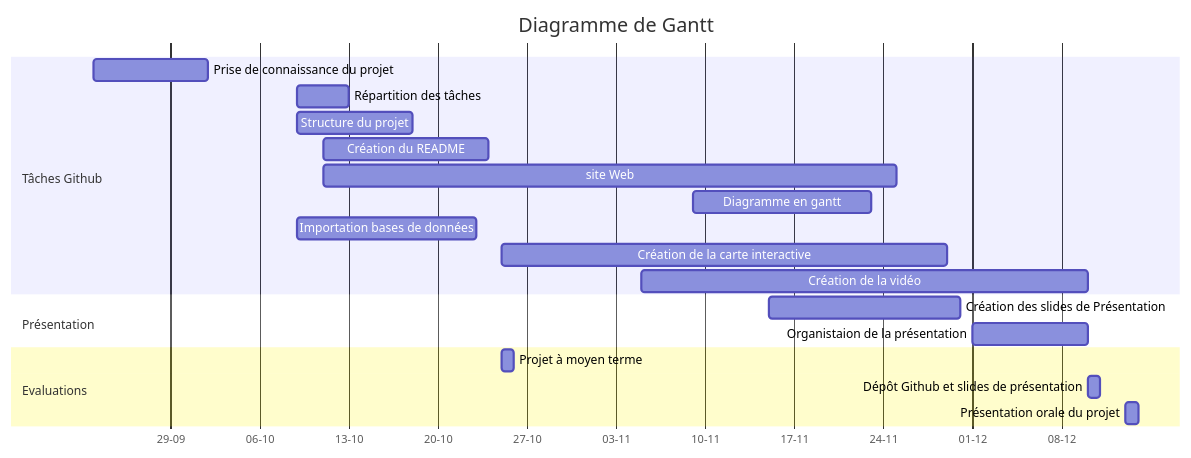
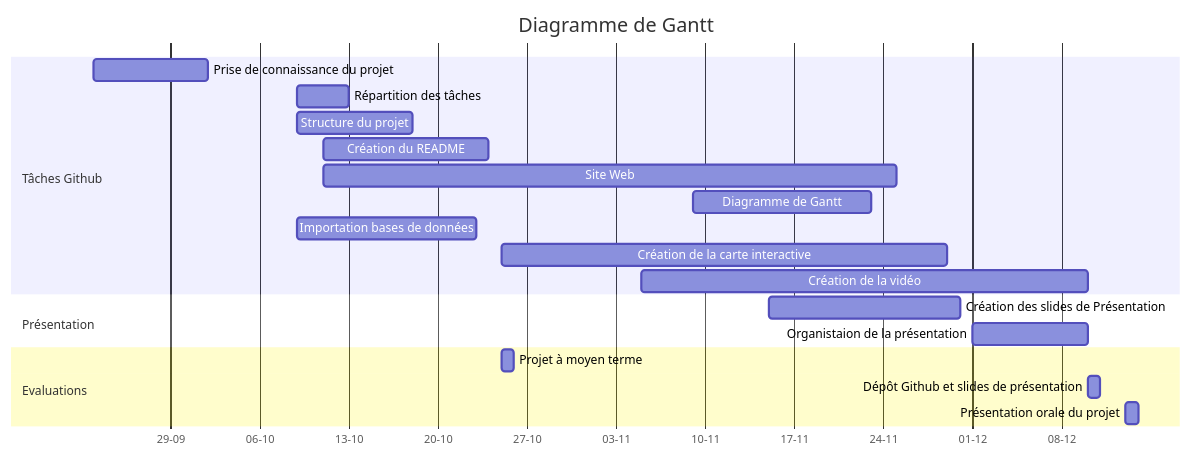
Before and after one commit to rokhayambaye/PROJET_2024: the diagram in roadmap/diagramme_de_gantt.md, drawn with Mermaid.

Commit message:
Correction

````diff
--- a/roadmap/diagramme_de_gantt.md
+++ b/roadmap/diagramme_de_gantt.md
@@ -1,27 +1,27 @@
 ```mermaid
 gantt
 title Diagramme de Gantt
 dateFormat DD-MM
 axisFormat %d-%m
 
 
 section Tâches Github
 Prise de connaissance du projet: Terminer,23-09,9d
 Répartition des tâches : Terminer, 09-10, 4d
 Structure du projet : Terminer, 09-10, 9d
 Création du README:Terminer,11-10,13d
-site Web: En cours, 11-10, 45d
-Diagramme en gantt : Terminer , 09-11, 14d
+Site Web: En cours, 11-10, 45d
+Diagramme de Gantt : Terminer , 09-11, 14d
 Importation bases de données: Terminer, 09-10, 14d
 Création de la carte interactive: En cours, 25-10,35d
 Création de la vidéo : En cours, 05-11, 35d
 
 section Présentation
 Création des slides de Présentation: En cours, 15-11,15d
 Organistaion de la présentation: En cours,01-12,9d
 
 section Evaluations
 Projet à moyen terme  : 25-10, 1d
 Dépôt Github et slides de présentation :10-12,1d
 Présentation orale du projet : 13-12, 1d
 ```
````
